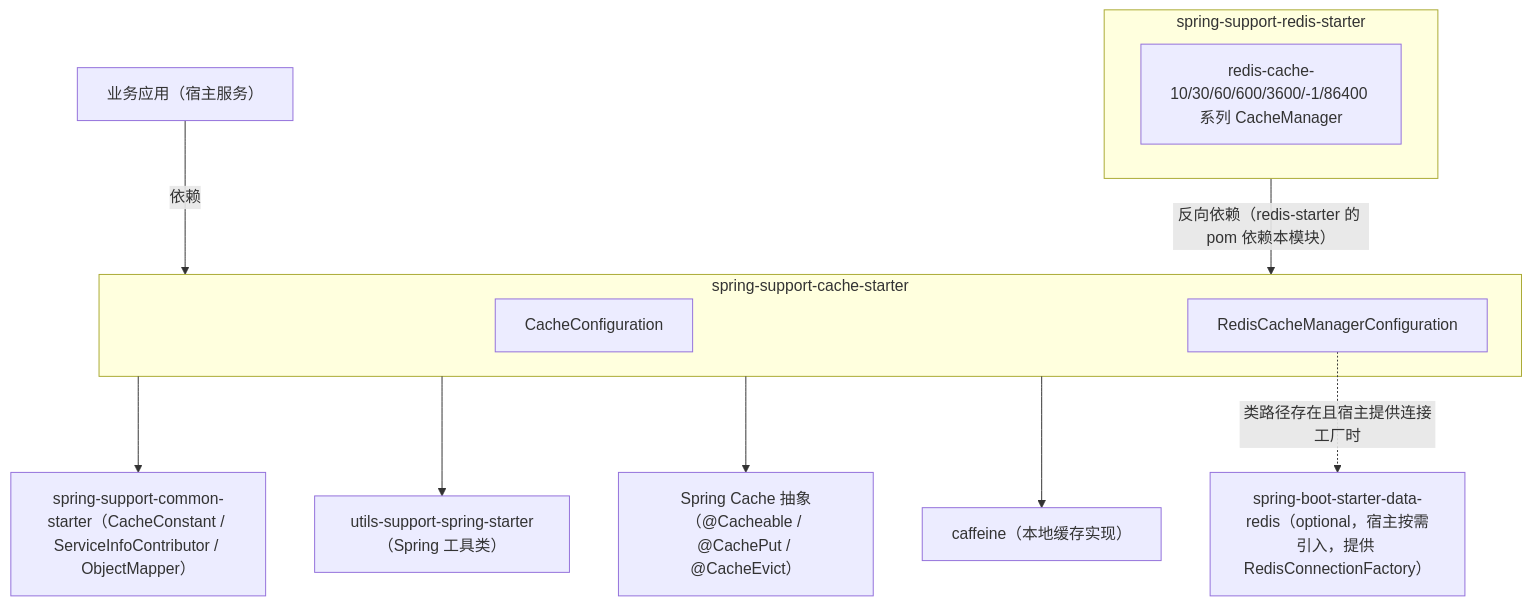
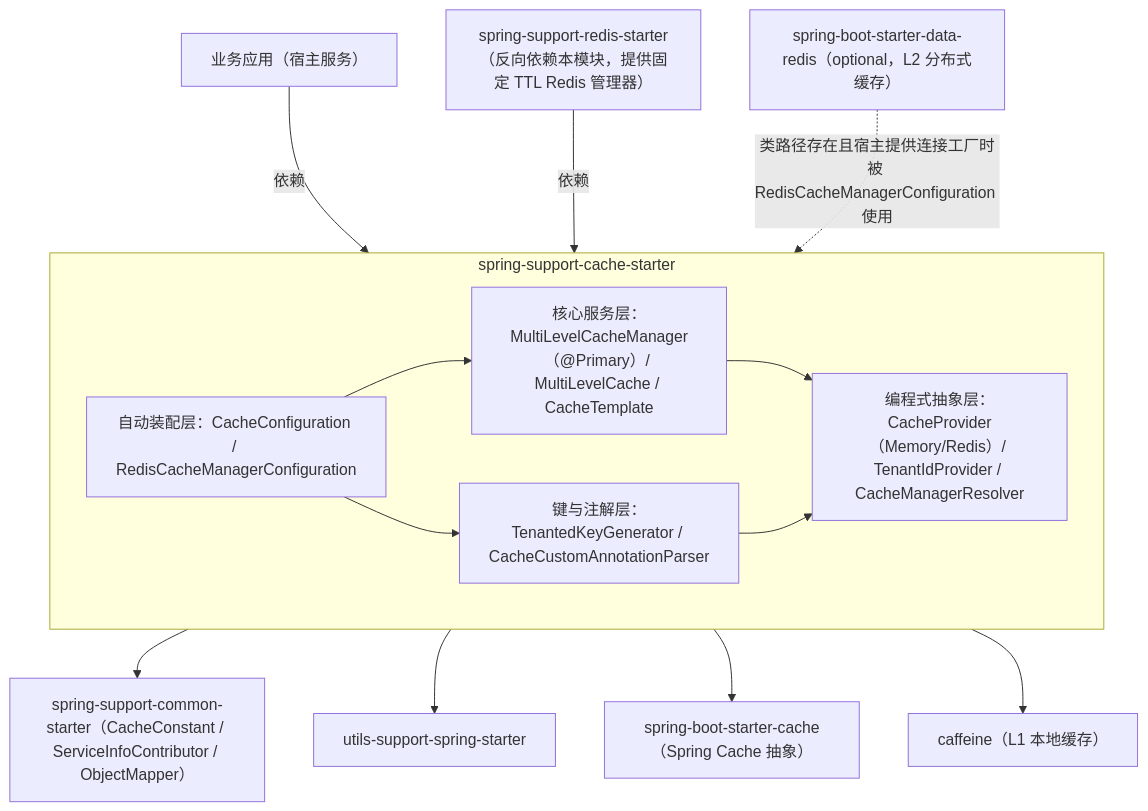
One commit to CHTK001/spring-support-parent-starter changed the first of 2 diagrams in spring-support-cache-starter/README.md. Above: the diagram before and after it, drawn with Mermaid. The commit also changed other lines of this file and 54 other files, not shown here.

````diff
--- a/spring-support-cache-starter/README.md
+++ b/spring-support-cache-starter/README.md
@@ -16,24 +12,26 @@
 ```mermaid
 flowchart TB
     HOST["业务应用（宿主服务）"]
     subgraph CACHE["spring-support-cache-starter"]
-        CFG["CacheConfiguration"]
-        RCFG["RedisCacheManagerConfiguration"]
+        CFG["自动装配层：CacheConfiguration / RedisCacheManagerConfiguration"]
+        CORE["核心服务层：MultiLevelCacheManager（@Primary）/ MultiLevelCache / CacheTemplate"]
+        KEYS["键与注解层：TenantedKeyGenerator / CacheCustomAnnotationParser"]
+        SPI["编程式抽象层：CacheProvider（Memory/Redis）/ TenantIdProvider / CacheManagerResolver"]
+        CFG --> CORE --> SPI
+        CFG --> KEYS --> SPI
     end
-    subgraph REDIS["spring-support-redis-starter"]
-        RS["redis-cache-10/30/60/600/3600/-1/86400 系列 CacheManager"]
-    end
+    REDISSTARTER["spring-support-redis-starter（反向依赖本模块，提供固定 TTL Redis 管理器）"]
     COMMON["spring-support-common-starter（CacheConstant / ServiceInfoContributor / ObjectMapper）"]
-    UTILS["utils-support-spring-starter（Spring 工具类）"]
-    SPRINGCACHE["Spring Cache 抽象（@Cacheable / @CachePut / @CacheEvict）"]
-    DATAREDIS["spring-boot-starter-data-redis（optional，宿主按需引入，提供 RedisConnectionFactory）"]
-    CAFFEINE["caffeine（本地缓存实现）"]
+    UTILS["utils-support-spring-starter"]
+    SPRINGCACHE["spring-boot-starter-cache（Spring Cache 抽象）"]
+    CAFFEINE["caffeine（L1 本地缓存）"]
+    DATAREDIS["spring-boot-starter-data-redis（optional，L2 分布式缓存）"]
 
     HOST -->|"依赖"| CACHE
-    REDIS -->|"反向依赖（redis-starter 的 pom 依赖本模块）"| CACHE
+    REDISSTARTER -->|"依赖"| CACHE
     CACHE --> COMMON
     CACHE --> UTILS
     CACHE --> SPRINGCACHE
     CACHE --> CAFFEINE
-    RCFG -.->|"类路径存在且宿主提供连接工厂时"| DATAREDIS
+    DATAREDIS -.->|"类路径存在且宿主提供连接工厂时被 RedisCacheManagerConfiguration 使用"| CACHE
 ```
````
